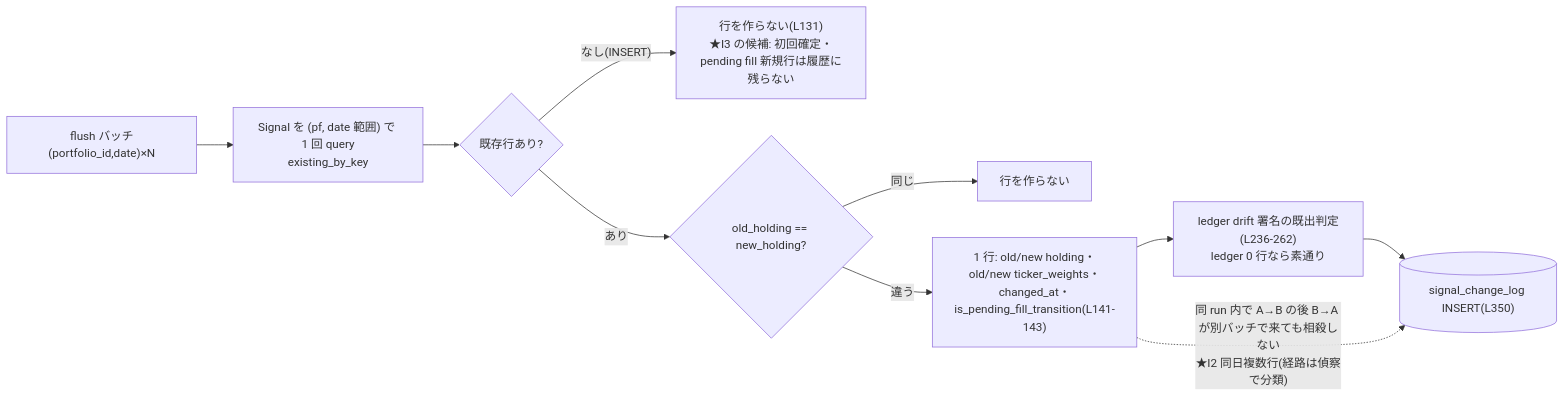
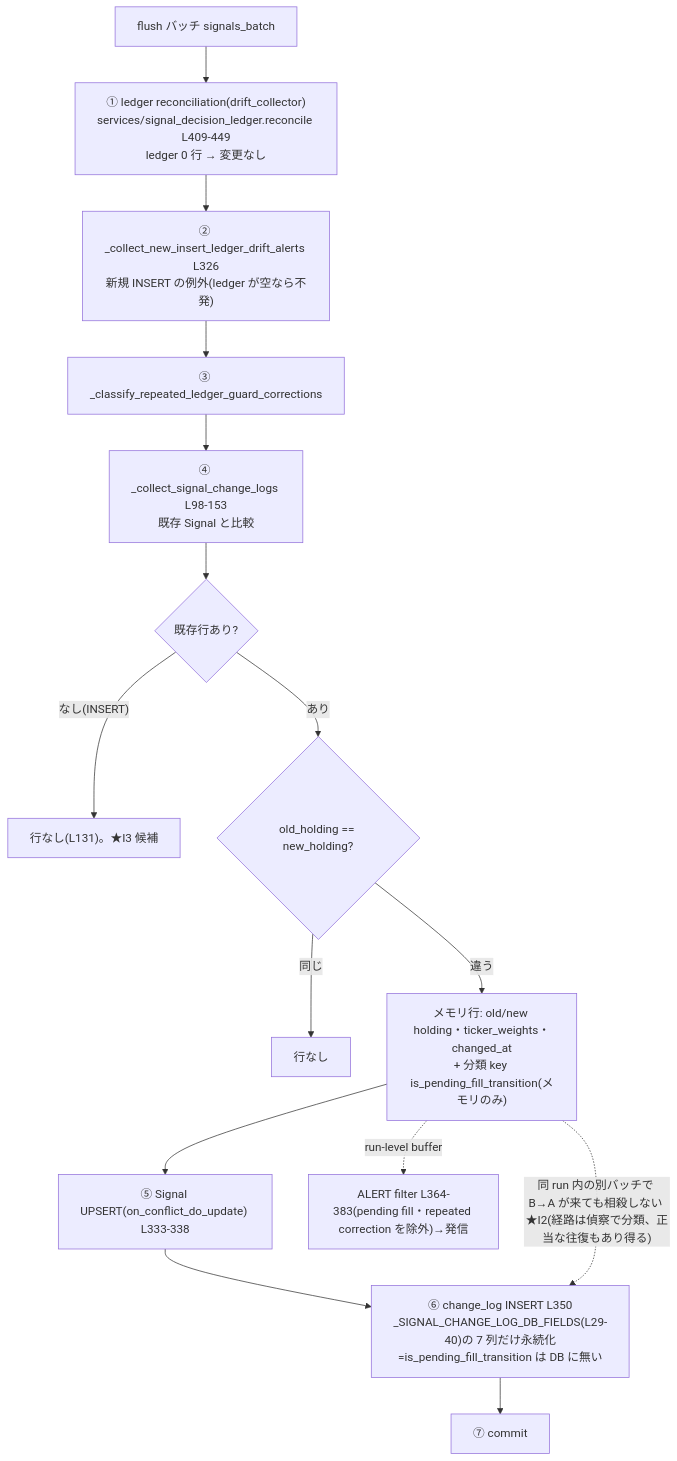
Before and after one commit to simokitafresh/multi-agent-shogun: the fourth of 6 diagrams in docs/research/dm-signal-production-inconsistency-asis-tobe_20260906.md, drawn with Mermaid. The commit also changed other lines of this file, not shown here.

Commit message:
docs(research): prod inconsistency v0.7 — karo R3 adopted (cron L5/month-start, Phase0 delete_signals=False, flush order, ledger URL, causality hedged, dead-code 4-class)

````diff
--- a/docs/research/dm-signal-production-inconsistency-asis-tobe_20260906.md
+++ b/docs/research/dm-signal-production-inconsistency-asis-tobe_20260906.md
@@ -98,12 +100,17 @@
 ```mermaid
-flowchart LR
-  B["flush バッチ(portfolio_id,date)×N"] --> Q["Signal を (pf, date 範囲) で 1 回 query<br/>existing_by_key"]
-  Q --> D{"既存行あり?"}
-  D -->|"なし(INSERT)"| X["行を作らない(L131)<br/>★I3 の候補: 初回確定・pending fill 新規行は履歴に残らない"]
-  D -->|"あり"| C{"old_holding == new_holding?"}
-  C -->|"同じ"| X2["行を作らない"]
-  C -->|"違う"| W["1 行: old/new holding・old/new ticker_weights・changed_at・<br/>is_pending_fill_transition(L141-143)"]
-  W --> LD["ledger drift 署名の既出判定(L236-262)<br/>ledger 0 行なら素通り"]
-  LD --> INS[("signal_change_log INSERT(L350)")]
-  W -.->|"同 run 内で A→B の後 B→A が別バッチで来ても相殺しない<br/>★I2 同日複数行(経路は偵察で分類)"| INS
+flowchart TD
+  B["flush バッチ signals_batch"] --> R1["① ledger reconciliation(drift_collector)<br/>services/signal_decision_ledger.reconcile L409-449<br/>ledger 0 行 → 変更なし"]
+  R1 --> R2["② _collect_new_insert_ledger_drift_alerts L326<br/>新規 INSERT の例外(ledger が空なら不発)"]
+  R2 --> R3["③ _classify_repeated_ledger_guard_corrections"]
+  R3 --> C["④ _collect_signal_change_logs L98-153<br/>既存 Signal と比較"]
+  C --> D{"既存行あり?"}
+  D -->|"なし(INSERT)"| X["行なし(L131)。★I3 候補"]
+  D -->|"あり"| E{"old_holding == new_holding?"}
+  E -->|同じ| X2["行なし"]
+  E -->|違う| W["メモリ行: old/new holding・ticker_weights・changed_at<br/>+ 分類 key is_pending_fill_transition(メモリのみ)"]
+  W --> U["⑤ Signal UPSERT(on_conflict_do_update) L333-338"]
+  U --> I["⑥ change_log INSERT L350<br/>_SIGNAL_CHANGE_LOG_DB_FIELDS(L29-40)の 7 列だけ永続化<br/>=is_pending_fill_transition は DB に無い"]
+  I --> CM["⑦ commit"]
+  W -.->|"同 run 内の別バッチで B→A が来ても相殺しない ★I2(経路は偵察で分類、正当な往復もあり得る)"| I
+  W -.->|"run-level buffer"| AL["ALERT filter L364-383(pending fill・repeated correction を除外)→発信"]
 ```
````
